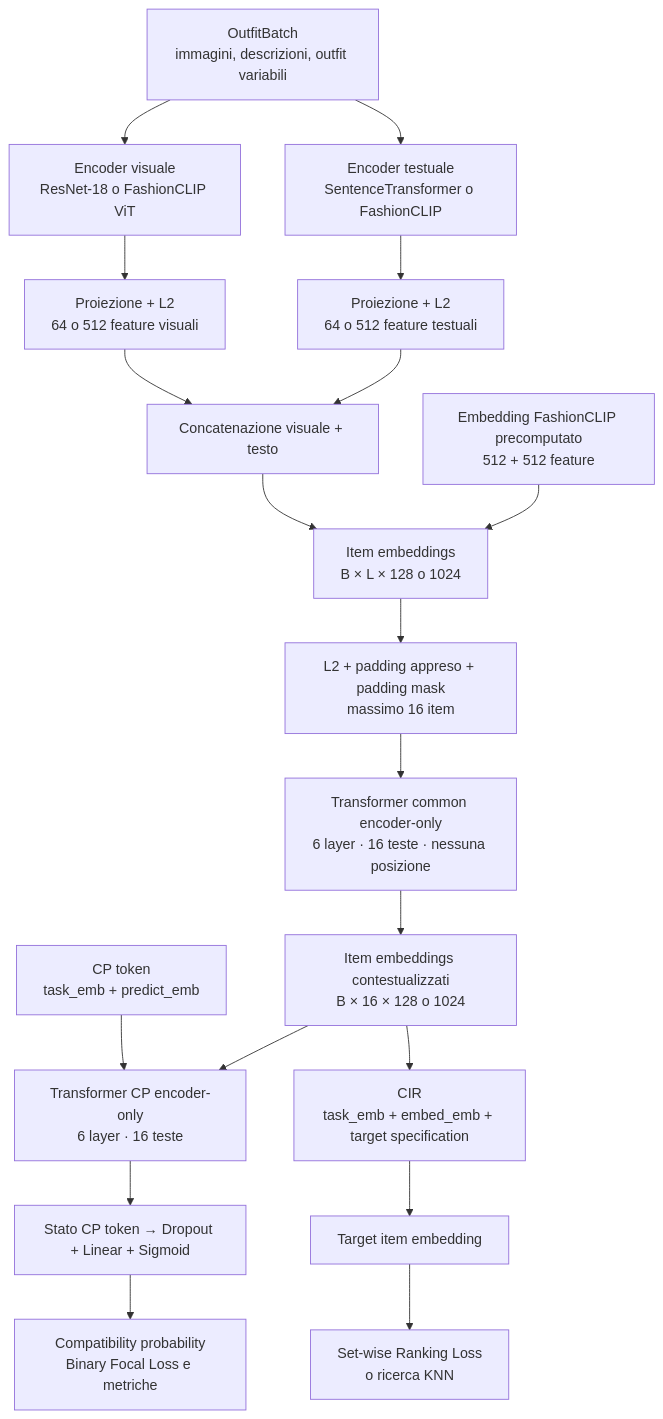
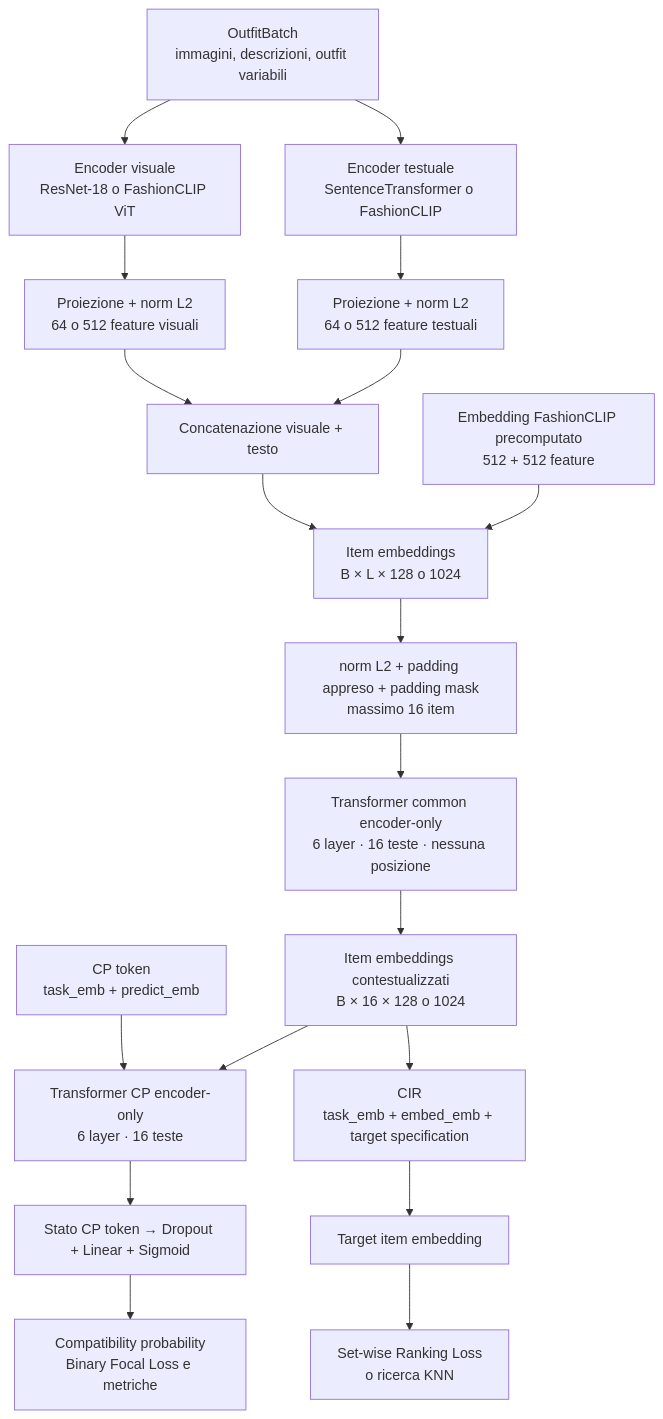
One commit to FlorindoDev/OutfitTransformer changed the diagram in README.md. Above: the diagram before and after it, drawn with Mermaid.

````diff
--- a/README.md
+++ b/README.md
@@ -41,28 +41,28 @@
 ```mermaid
 flowchart TD
     A["OutfitBatch<br/>immagini, descrizioni, outfit variabili"]
 
     A --> B["Encoder visuale<br/>ResNet-18 o FashionCLIP ViT"]
     A --> C["Encoder testuale<br/>SentenceTransformer o FashionCLIP"]
 
-    B --> D["Proiezione + L2<br/>64 o 512 feature visuali"]
-    C --> E["Proiezione + L2<br/>64 o 512 feature testuali"]
+    B --> D["Proiezione + norm L2<br/>64 o 512 feature visuali"]
+    C --> E["Proiezione + norm L2<br/>64 o 512 feature testuali"]
 
     D --> F["Concatenazione visuale + testo"]
     E --> F
 
     F --> G["Item embeddings<br/>B × L × 128 o 1024"]
     P["Embedding FashionCLIP precomputato<br/>512 + 512 feature"] --> G
-    G --> H["L2 + padding appreso + padding mask<br/>massimo 16 item"]
+    G --> H["norm L2 + padding appreso + padding mask<br/>massimo 16 item"]
     H --> I["Transformer common encoder-only<br/>6 layer · 16 teste · nessuna posizione"]
     I --> J["Item embeddings contestualizzati<br/>B × 16 × 128 o 1024"]
 
     K["CP token<br/>task_emb + predict_emb"] --> L["Transformer CP encoder-only<br/>6 layer · 16 teste"]
     J --> L
     L --> M["Stato CP token → Dropout + Linear + Sigmoid"]
     M --> N["Compatibility probability<br/>Binary Focal Loss e metriche"]
 
     J --> O["CIR<br/>task_emb + embed_emb + target specification"]
     O --> Q["Target item embedding"]
     Q --> R["Set-wise Ranking Loss<br/>o ricerca KNN"]
 ```
````
